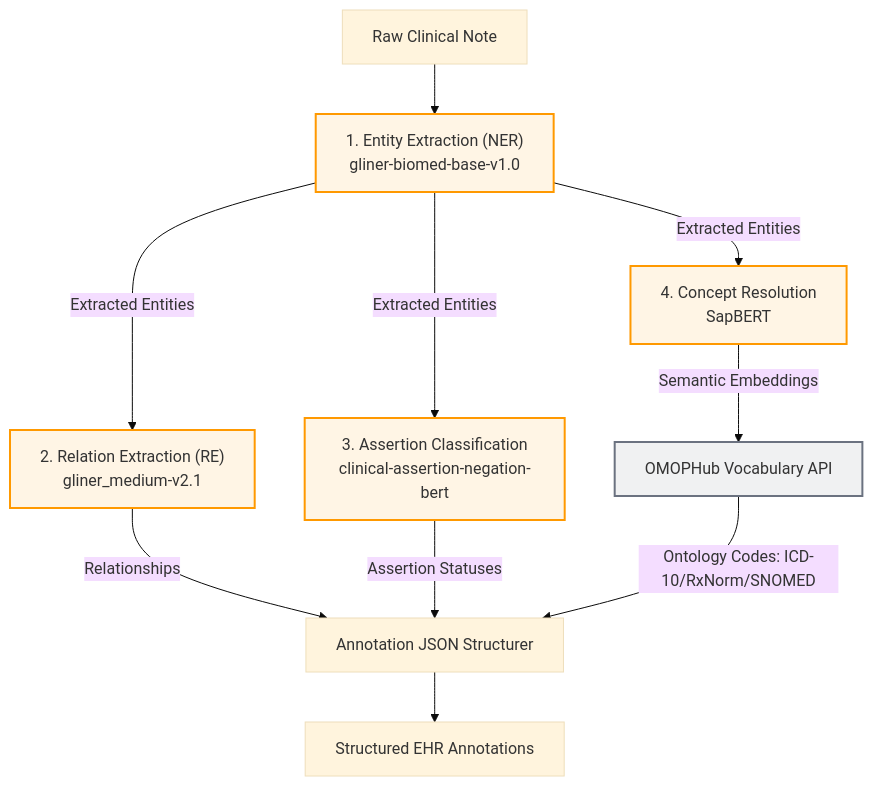
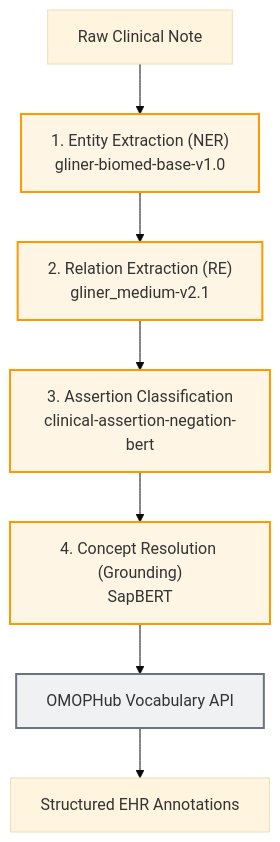
One commit to harsh-vardhhan/EHR-backend changed the first of 3 diagrams in README.md. Above: the diagram before and after it, drawn with Mermaid (base theme).

Commit message:
docs: simplify ML workflow visualization to linear sequence

````diff
--- a/README.md
+++ b/README.md
@@ -35,21 +35,14 @@
 ```mermaid
 graph TD
     Raw["Raw Clinical Note"] --> Step1["1. Entity Extraction (NER)<br/>gliner-biomed-base-v1.0"]
-    
-    Step1 -->|Extracted Entities| Step2["2. Relation Extraction (RE)<br/>gliner_medium-v2.1"]
-    Step1 -->|Extracted Entities| Step3["3. Assertion Classification<br/>clinical-assertion-negation-bert"]
-    Step1 -->|Extracted Entities| Step4["4. Concept Resolution<br/>SapBERT"]
-    
-    Step4 -->|Semantic Embeddings| OMOP["OMOPHub Vocabulary API"]
-    
-    Step2 -->|Relationships| Consolidate["Annotation JSON Structurer"]
-    Step3 -->|Assertion Statuses| Consolidate
-    OMOP -->|Ontology Codes: ICD-10/RxNorm/SNOMED| Consolidate
-    
-    Consolidate --> Final["Structured EHR Annotations"]
+    Step1 --> Step2["2. Relation Extraction (RE)<br/>gliner_medium-v2.1"]
+    Step2 --> Step3["3. Assertion Classification<br/>clinical-assertion-negation-bert"]
+    Step3 --> Step4["4. Concept Resolution (Grounding)<br/>SapBERT"]
+    Step4 --> OMOP["OMOPHub Vocabulary API"]
+    OMOP --> Final["Structured EHR Annotations"]
 
     classDef step fill:#ff9900,fill-opacity:0.1,stroke:#ff9900,stroke-width:2px;
     classDef ext fill:#6b7280,fill-opacity:0.1,stroke:#6b7280,stroke-width:2px;
     class Step1,Step2,Step3,Step4 step;
     class OMOP ext;
 ```
````
